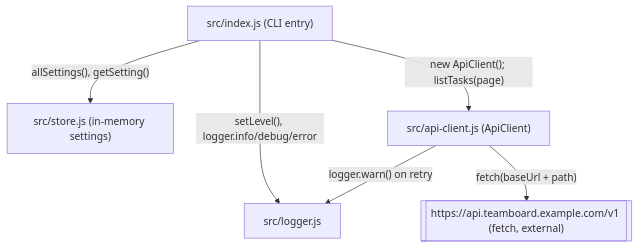
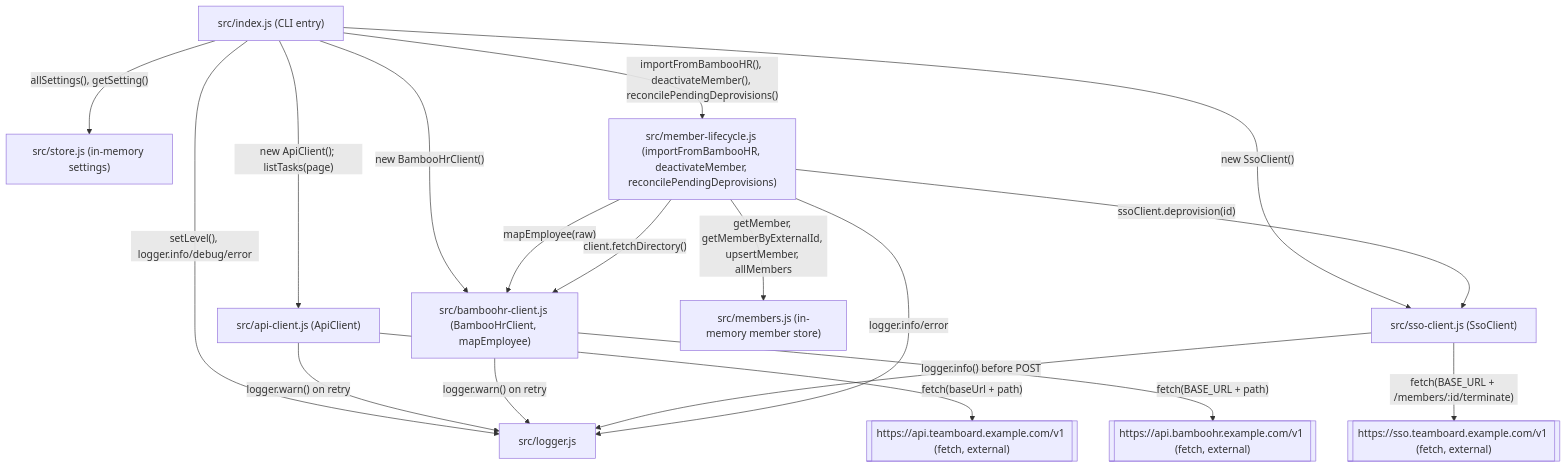
The diagram in .backlogzero/knowledge/architecture.md (prakharFuse/teamboard), drawn with Mermaid before and after one commit. The commit also changed other lines of this file and 7 other files, not shown here.

````diff
--- a/.backlogzero/knowledge/architecture.md
+++ b/.backlogzero/knowledge/architecture.md
@@ -25,14 +33,32 @@
 ```mermaid
 flowchart TD
   CLI["src/index.js (CLI entry)"]
   Logger["src/logger.js"]
   Store["src/store.js (in-memory settings)"]
   ApiClient["src/api-client.js (ApiClient)"]
+  BambooClient["src/bamboohr-client.js (BambooHrClient, mapEmployee)"]
+  SsoClient["src/sso-client.js (SsoClient)"]
+  Lifecycle["src/member-lifecycle.js (importFromBambooHR, deactivateMember, reconcilePendingDeprovisions)"]
+  Members["src/members.js (in-memory member store)"]
   Upstream[["https://api.teamboard.example.com/v1 (fetch, external)"]]
+  Bamboo[["https://api.bamboohr.example.com/v1 (fetch, external)"]]
+  Sso[["https://sso.teamboard.example.com/v1 (fetch, external)"]]
 
   CLI -->|"setLevel(), logger.info/debug/error"| Logger
   CLI -->|"allSettings(), getSetting()"| Store
   CLI -->|"new ApiClient(); listTasks(page)"| ApiClient
+  CLI -->|"new BambooHrClient()"| BambooClient
+  CLI -->|"new SsoClient()"| SsoClient
+  CLI -->|"importFromBambooHR(), deactivateMember(), reconcilePendingDeprovisions()"| Lifecycle
   ApiClient -->|"logger.warn() on retry"| Logger
   ApiClient -->|"fetch(baseUrl + path)"| Upstream
+  BambooClient -->|"logger.warn() on retry"| Logger
+  BambooClient -->|"fetch(BASE_URL + path)"| Bamboo
+  SsoClient -->|"logger.info() before POST"| Logger
+  SsoClient -->|"fetch(BASE_URL + /members/:id/terminate)"| Sso
+  Lifecycle -->|"logger.info/error"| Logger
+  Lifecycle -->|"getMember, getMemberByExternalId, upsertMember, allMembers"| Members
+  Lifecycle -->|"mapEmployee(raw)"| BambooClient
+  Lifecycle -->|"client.fetchDirectory()"| BambooClient
+  Lifecycle -->|"ssoClient.deprovision(id)"| SsoClient
 ```
````
